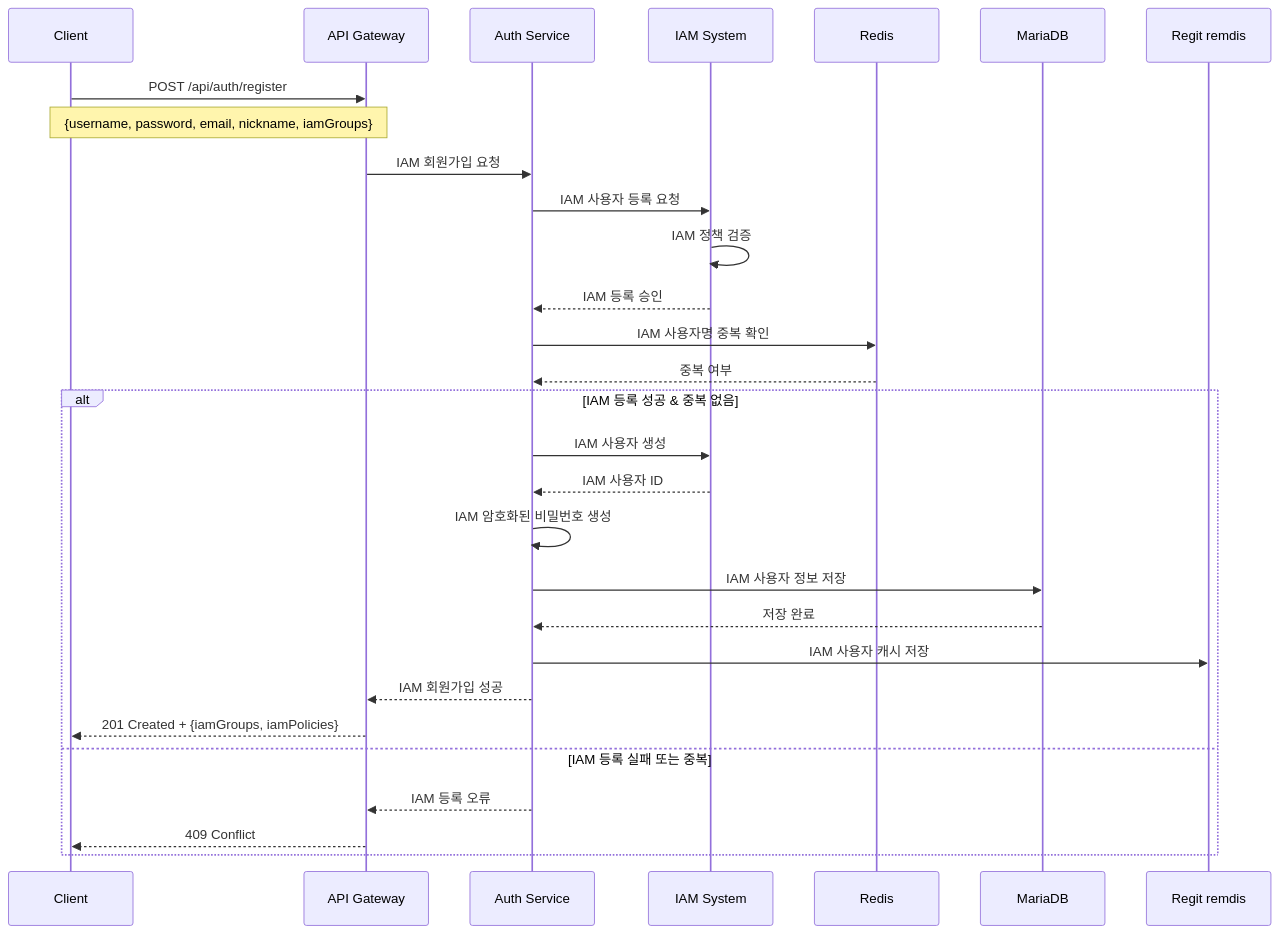
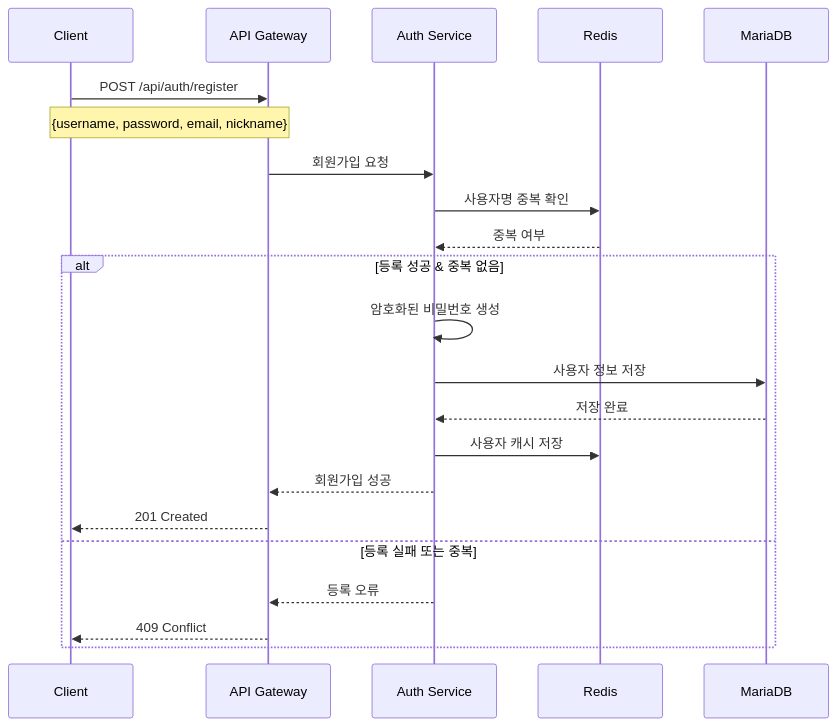
The first of 30 diagrams in docs/Usecase.md (exodus-openstack/queue), drawn with Mermaid before and after one commit. The commit also changed other lines of this file and 8 other files, not shown here.

````diff
--- a/docs/Usecase.md
+++ b/docs/Usecase.md
@@ -61,33 +53,27 @@
 ```mermaid
 sequenceDiagram
     participant C as Client
     participant API as API Gateway
     participant Auth as Auth Service
-    participant IAM as IAM System
     participant Redis as Redis
     participant DB as MariaDB
     
     C->>API: POST /api/auth/register
-    Note over C,API: {username, password, email, nickname, iamGroups}
+    Note over C,API: {username, password, email, nickname}
     
-    API->>Auth: IAM 회원가입 요청
-    Auth->>IAM: IAM 사용자 등록 요청
-    IAM->>IAM: IAM 정책 검증
-    IAM-->>Auth: IAM 등록 승인
-    Auth->>Redis: IAM 사용자명 중복 확인
+    API->>Auth: 회원가입 요청
+    Auth->>Redis: 사용자명 중복 확인
     Redis-->>Auth: 중복 여부
     
-    alt IAM 등록 성공 & 중복 없음
-        Auth->>IAM: IAM 사용자 생성
-        IAM-->>Auth: IAM 사용자 ID
-        Auth->>Auth: IAM 암호화된 비밀번호 생성
-        Auth->>DB: IAM 사용자 정보 저장
+    alt 등록 성공 & 중복 없음
+        Auth->>Auth: 암호화된 비밀번호 생성
+        Auth->>DB: 사용자 정보 저장
         DB-->>Auth: 저장 완료
-        Auth->>Regit remdis: IAM 사용자 캐시 저장
-        Auth-->>API: IAM 회원가입 성공
-        API-->>C: 201 Created + {iamGroups, iamPolicies}
-    else IAM 등록 실패 또는 중복
-        Auth-->>API: IAM 등록 오류
+        Auth->>Redis: 사용자 캐시 저장
+        Auth-->>API: 회원가입 성공
+        API-->>C: 201 Created
+    else 등록 실패 또는 중복
+        Auth-->>API: 등록 오류
         API-->>C: 409 Conflict
     end
 ```
````
